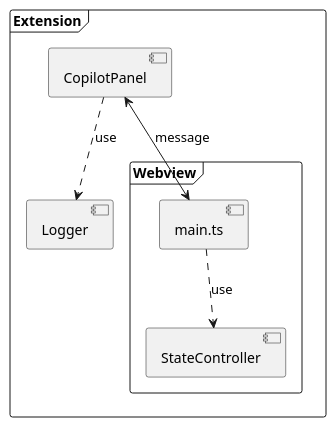
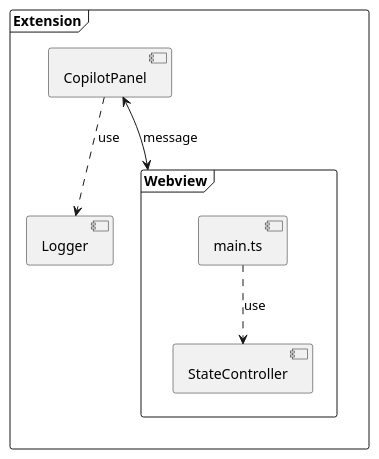
One commit to Miragon/miranum-copilot changed the diagram in docs/uml/CopilotDetailed.puml. Above: the diagram before and after it, drawn with PlantUML.

Commit message:
feat: update uml diagram

```diff
--- a/docs/uml/CopilotDetailed.puml
+++ b/docs/uml/CopilotDetailed.puml
@@ -1,12 +1,12 @@
 @startuml
 'https://plantuml.com/component-diagram
 
 frame "Extension" {
     [CopilotPanel] ..> [Logger] : use
+    [CopilotPanel] <--> [Webview] : message
     frame "Webview" {
-        [CopilotPanel] <--> [main.ts] : message
         [main.ts] ..> [StateController] : use
     }
 }
 
 @enduml
```
